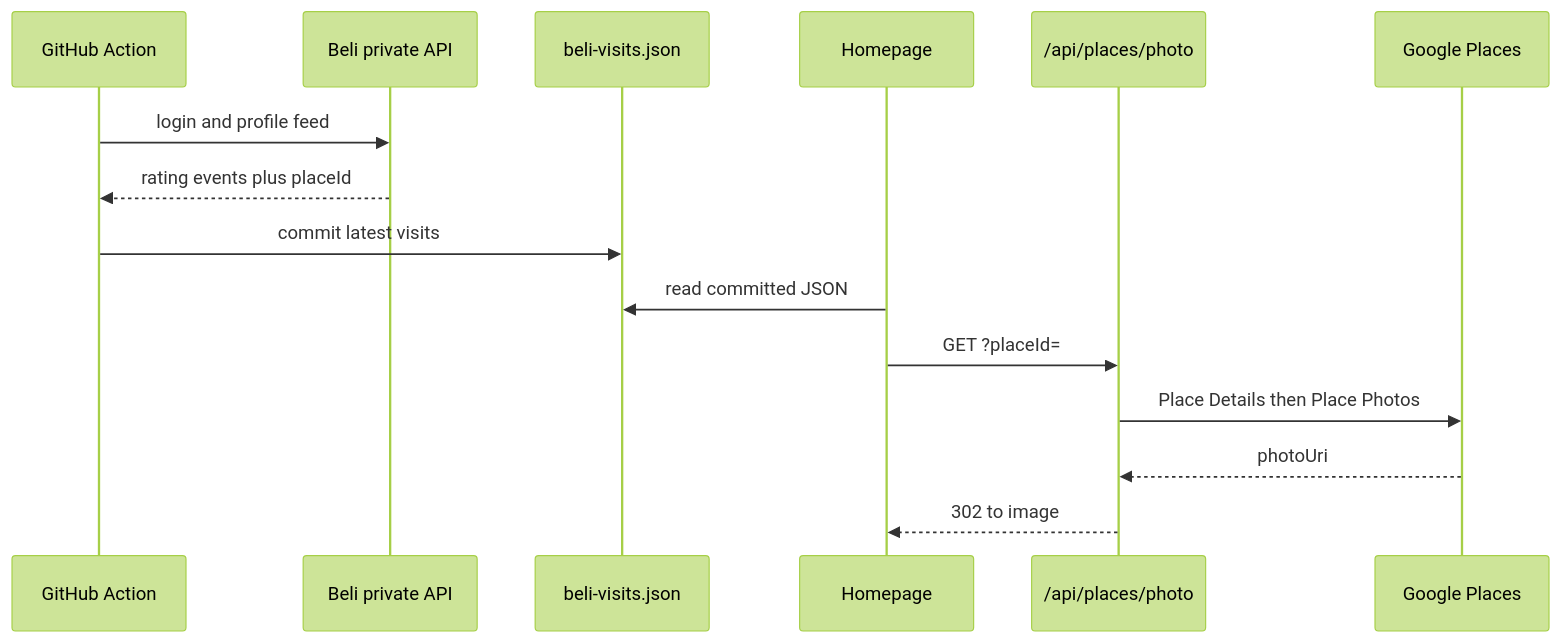
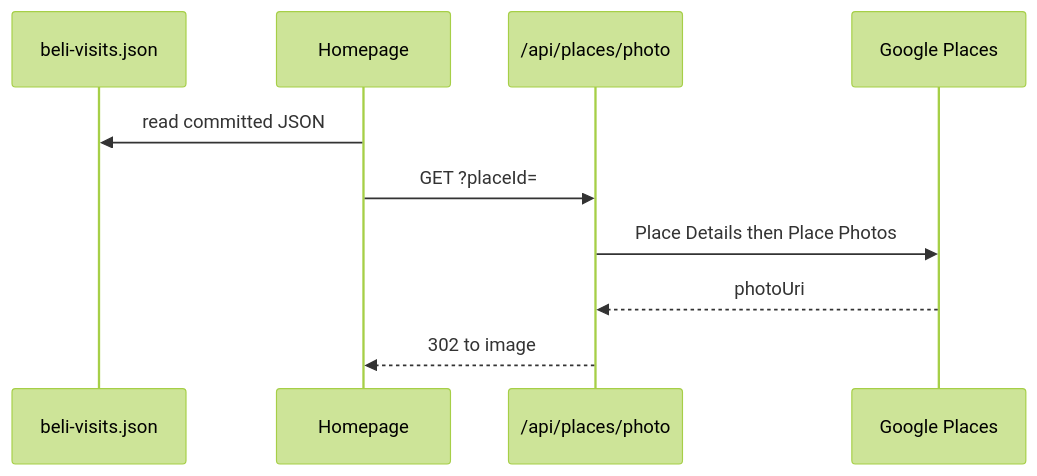
Before and after one commit to DeveshKrishan/deveshkrishan.github.io: the third of 3 diagrams in README.md, drawn with Mermaid (forest theme). The commit also changed other lines of this file and 10 other files, not shown here.

First line of the commit message:
fix: stop scraping Beli and serve visits from committed JSON (#75)

````diff
--- a/README.md
+++ b/README.md
@@ -84,18 +84,13 @@
 ```mermaid
 sequenceDiagram
-  participant GHA as GitHub Action
-  participant Beli as Beli private API
   participant Repo as beli-visits.json
   participant UI as Homepage
   participant PlacesFn as /api/places/photo
   participant Google as Google Places
 
-  GHA->>Beli: login and profile feed
-  Beli-->>GHA: rating events plus placeId
-  GHA->>Repo: commit latest visits
   UI->>Repo: read committed JSON
   UI->>PlacesFn: GET ?placeId=
   PlacesFn->>Google: Place Details then Place Photos
   Google-->>PlacesFn: photoUri
   PlacesFn-->>UI: 302 to image
 ```
````
